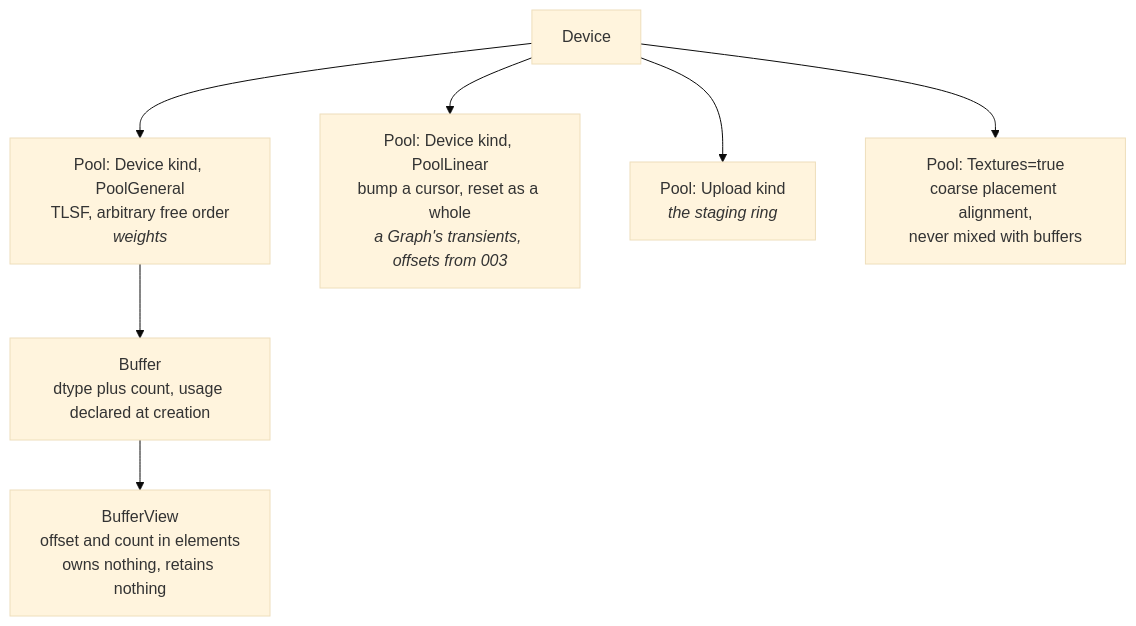
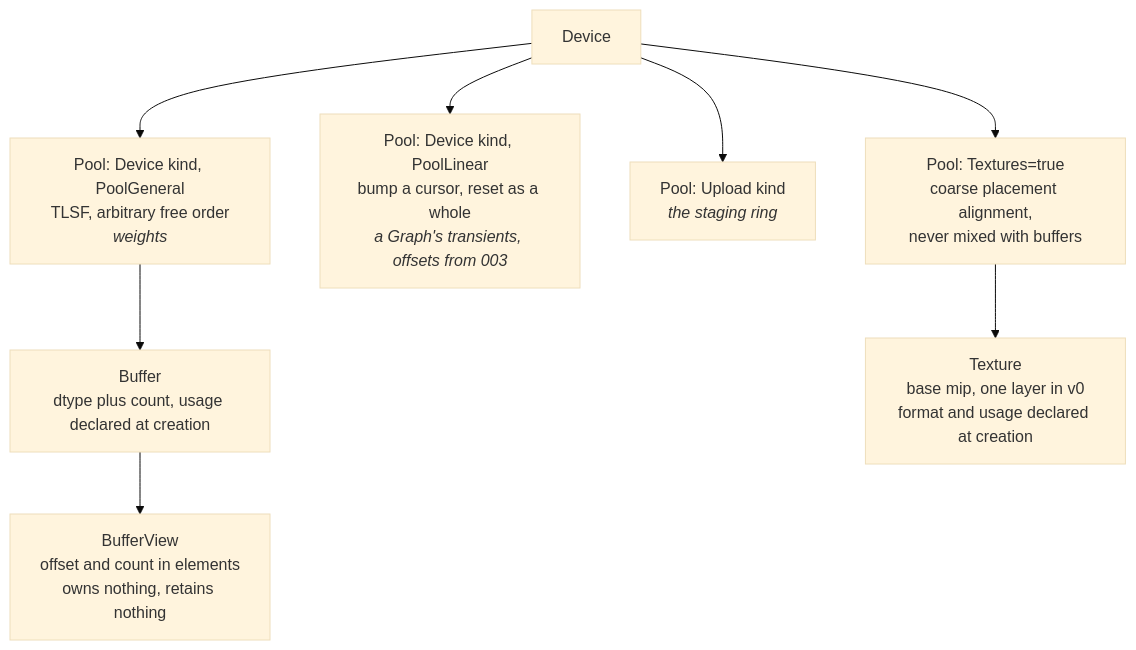
One commit to golang-design/accel changed the second of 2 diagrams in specs/001-device-resources.md. Above: the diagram before and after it, drawn with Mermaid (base theme). The commit also changed other lines of this file and 5 other files, not shown here.

Commit message:
accel,specs: make resource and graph ownership explicit

````diff
--- a/specs/001-device-resources.md
+++ b/specs/001-device-resources.md
@@ -818,12 +864,14 @@
 ```mermaid
 flowchart TD
     DEV["Device"]
     P1["Pool: Device kind, PoolGeneral<br/>TLSF, arbitrary free order<br/><i>weights</i>"]
     P2["Pool: Device kind, PoolLinear<br/>bump a cursor, reset as a whole<br/><i>a Graph's transients, offsets from 003</i>"]
     P3["Pool: Upload kind<br/><i>the staging ring</i>"]
     P4["Pool: Textures=true<br/>coarse placement alignment,<br/>never mixed with buffers"]
     B1["Buffer<br/>dtype plus count, usage declared at creation"]
     V1["BufferView<br/>offset and count in elements<br/>owns nothing, retains nothing"]
+    T1["Texture<br/>base mip, one layer in v0<br/>format and usage declared at creation"]
     DEV --> P1 & P2 & P3 & P4
     P1 --> B1 --> V1
+    P4 --> T1
 ```
````
